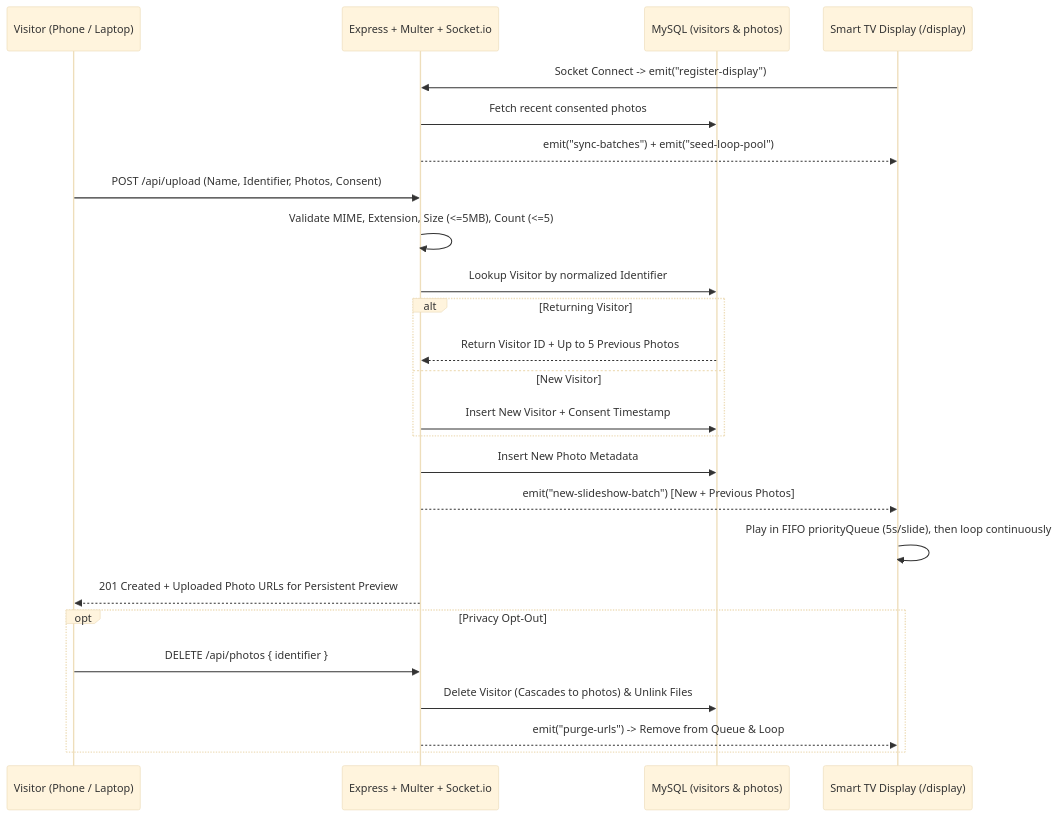
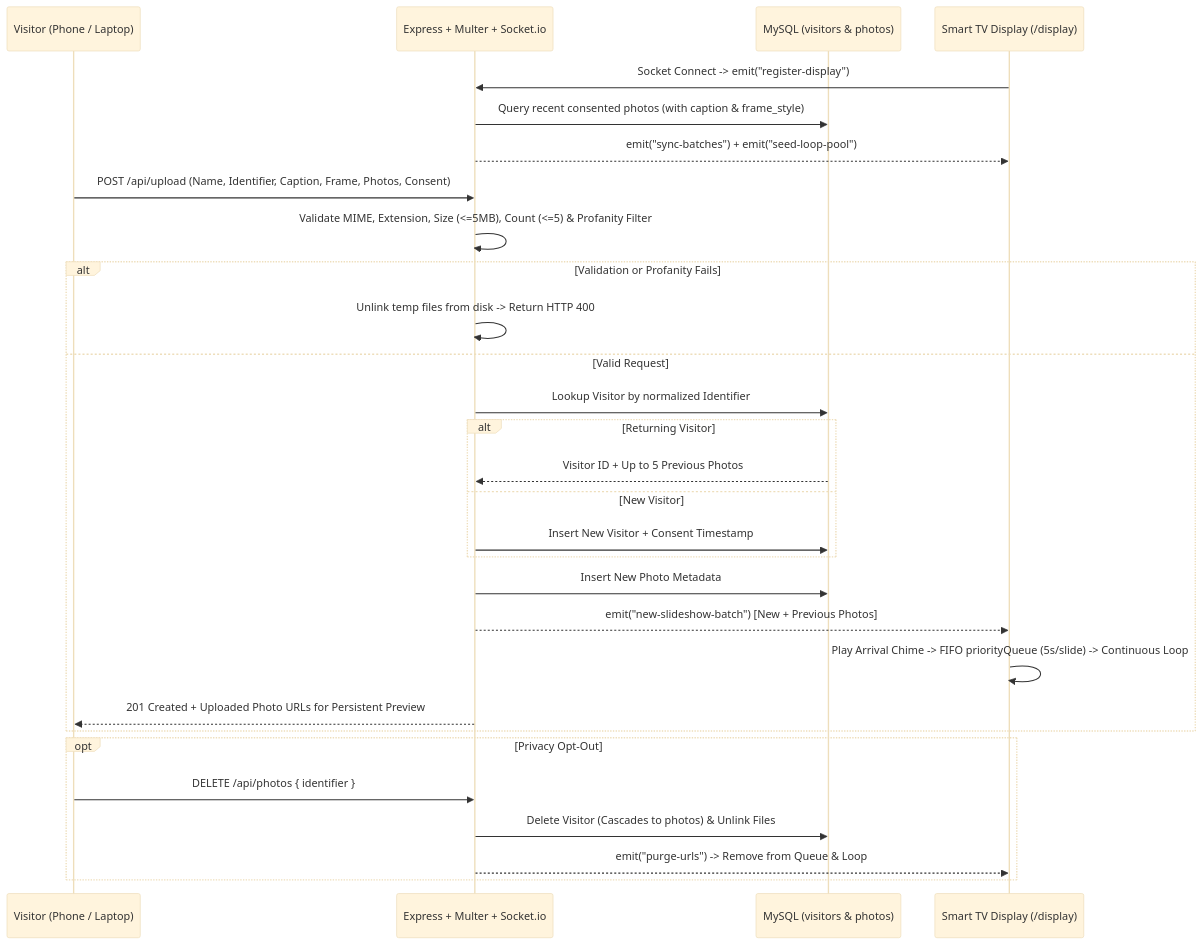
One commit to sejalsharma-tech/visitor-photo-slideshow changed the diagram in ARCHITECTURE.md. Above: the diagram before and after it, drawn with Mermaid (base theme). The commit also changed other lines of this file, not shown here.

Commit message:
docs(architecture): update stack rationale, schema columns, and sequence diagram

````diff
--- a/ARCHITECTURE.md
+++ b/ARCHITECTURE.md
@@ -35,30 +37,34 @@
 ```mermaid
 sequenceDiagram
     participant V as Visitor (Phone / Laptop)
     participant API as Express + Multer + Socket.io
     participant DB as MySQL (visitors & photos)
     participant TV as Smart TV Display (/display)
 
     TV->>API: Socket Connect -> emit("register-display")
-    API->>DB: Fetch recent consented photos
+    API->>DB: Query recent consented photos (with caption & frame_style)
     API-->>TV: emit("sync-batches") + emit("seed-loop-pool")
 
-    V->>API: POST /api/upload (Name, Identifier, Photos, Consent)
-    API->>API: Validate MIME, Extension, Size (<=5MB), Count (<=5)
-    API->>DB: Lookup Visitor by normalized Identifier
-    alt Returning Visitor
-        DB-->>API: Return Visitor ID + Up to 5 Previous Photos
-    else New Visitor
-        API->>DB: Insert New Visitor + Consent Timestamp
+    V->>API: POST /api/upload (Name, Identifier, Caption, Frame, Photos, Consent)
+    API->>API: Validate MIME, Extension, Size (<=5MB), Count (<=5) & Profanity Filter
+    alt Validation or Profanity Fails
+        API->>API: Unlink temp files from disk -> Return HTTP 400
+    else Valid Request
+        API->>DB: Lookup Visitor by normalized Identifier
+        alt Returning Visitor
+            DB-->>API: Visitor ID + Up to 5 Previous Photos
+        else New Visitor
+            API->>DB: Insert New Visitor + Consent Timestamp
+        end
+        API->>DB: Insert New Photo Metadata
+        API-->>TV: emit("new-slideshow-batch") [New + Previous Photos]
+        TV->>TV: Play Arrival Chime -> FIFO priorityQueue (5s/slide) -> Continuous Loop
+        API-->>V: 201 Created + Uploaded Photo URLs for Persistent Preview
     end
-    API->>DB: Insert New Photo Metadata
-    API-->>TV: emit("new-slideshow-batch") [New + Previous Photos]
-    TV->>TV: Play in FIFO priorityQueue (5s/slide), then loop continuously
-    API-->>V: 201 Created + Uploaded Photo URLs for Persistent Preview
 
     opt Privacy Opt-Out
         V->>API: DELETE /api/photos { identifier }
         API->>DB: Delete Visitor (Cascades to photos) & Unlink Files
         API-->>TV: emit("purge-urls") -> Remove from Queue & Loop
     end
 ```
````
